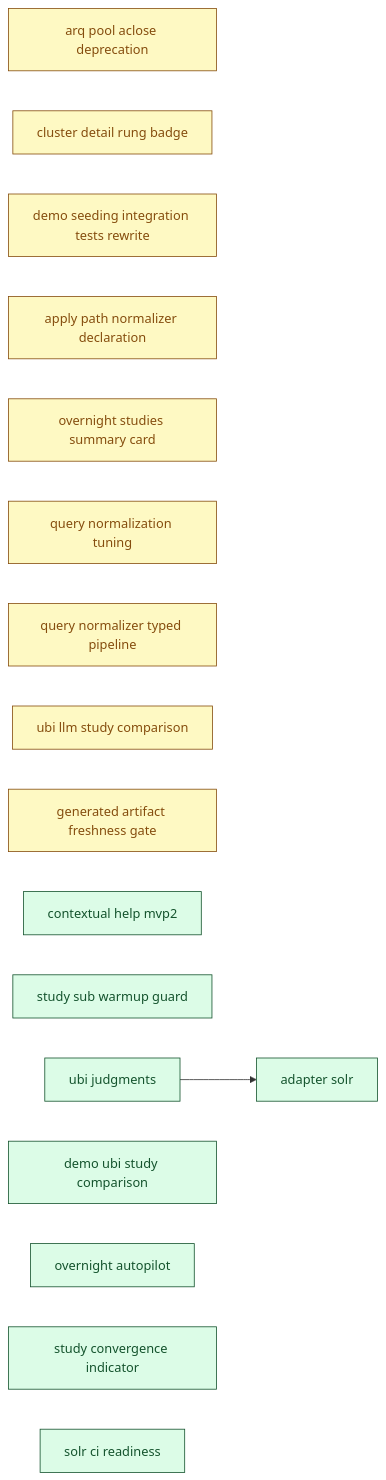
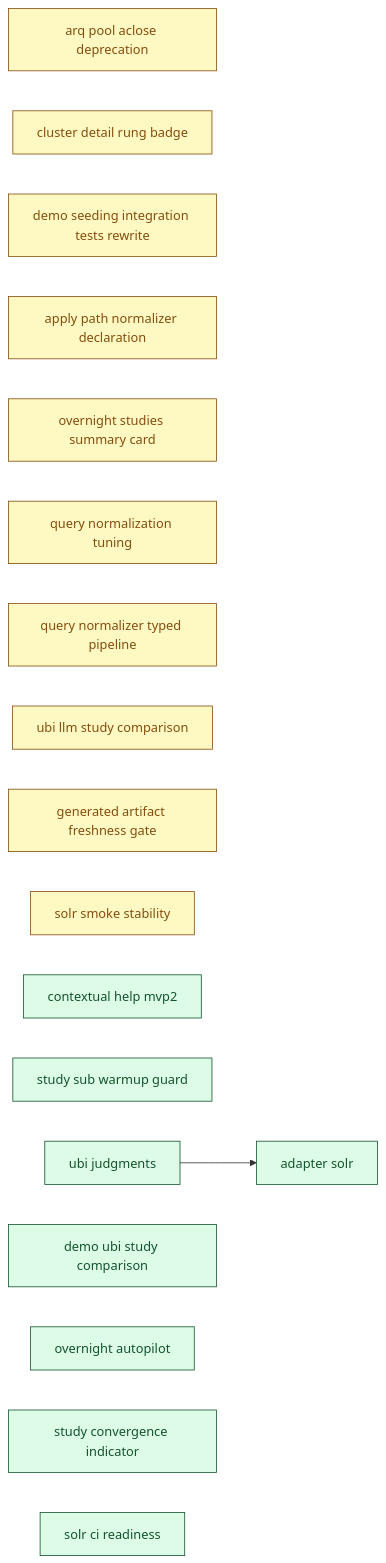
One commit to SoundMindsAI/relyloop changed the diagram in docs/00_overview/MVP2_DASHBOARD.md. Above: the diagram before and after it, drawn with Mermaid. The commit also changed other lines of this file and 17 other files, not shown here.

First line of the commit message:
infra(smoke-ci): cap Solr heap + capture solr/opensearch logs on smoke failure (#383)

````diff
--- a/docs/00_overview/MVP2_DASHBOARD.md
+++ b/docs/00_overview/MVP2_DASHBOARD.md
@@ -103,43 +104,45 @@
 ```mermaid
 graph LR
   classDef done fill:#dcfce7,stroke:#14532d,color:#14532d;
   classDef implement fill:#ffedd5,stroke:#9a3412,color:#9a3412;
   classDef plan fill:#fef9c3,stroke:#854d0e,color:#854d0e;
   classDef spec fill:#dbeafe,stroke:#1e40af,color:#1e40af;
   classDef idea fill:#f1f5f9,stroke:#334155,color:#334155;
   chore_arq_pool_aclose_deprecation["arq pool aclose deprecation"]
   class chore_arq_pool_aclose_deprecation plan;
   chore_cluster_detail_rung_badge["cluster detail rung badge"]
   class chore_cluster_detail_rung_badge plan;
   chore_demo_seeding_integration_tests_rewrite["demo seeding integration tests rewrite"]
   class chore_demo_seeding_integration_tests_rewrite plan;
   feat_apply_path_normalizer_declaration["apply path normalizer declaration"]
   class feat_apply_path_normalizer_declaration plan;
   feat_overnight_studies_summary_card["overnight studies summary card"]
   class feat_overnight_studies_summary_card plan;
   feat_query_normalization_tuning["query normalization tuning"]
   class feat_query_normalization_tuning plan;
   feat_query_normalizer_typed_pipeline["query normalizer typed pipeline"]
   class feat_query_normalizer_typed_pipeline plan;
   feat_ubi_llm_study_comparison["ubi llm study comparison"]
   class feat_ubi_llm_study_comparison plan;
   infra_generated_artifact_freshness_gate["generated artifact freshness gate"]
   class infra_generated_artifact_freshness_gate plan;
+  infra_solr_smoke_stability["solr smoke stability"]
+  class infra_solr_smoke_stability plan;
   feat_contextual_help_mvp2["contextual help mvp2"]
   class feat_contextual_help_mvp2 done;
   feat_study_sub_warmup_guard["study sub warmup guard"]
   class feat_study_sub_warmup_guard done;
   feat_ubi_judgments["ubi judgments"]
   class feat_ubi_judgments done;
   feat_demo_ubi_study_comparison["demo ubi study comparison"]
   class feat_demo_ubi_study_comparison done;
   feat_overnight_autopilot["overnight autopilot"]
   class feat_overnight_autopilot done;
   infra_adapter_solr["adapter solr"]
   class infra_adapter_solr done;
   feat_study_convergence_indicator["study convergence indicator"]
   class feat_study_convergence_indicator done;
   infra_solr_ci_readiness["solr ci readiness"]
   class infra_solr_ci_readiness done;
   feat_ubi_judgments --> infra_adapter_solr
 ```
````
